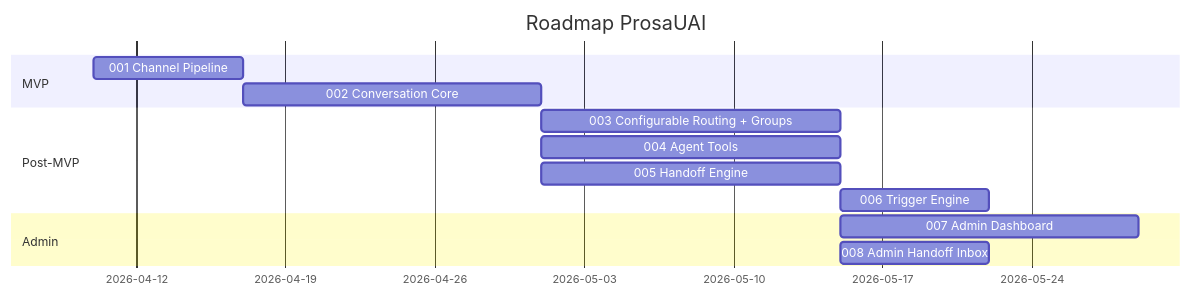
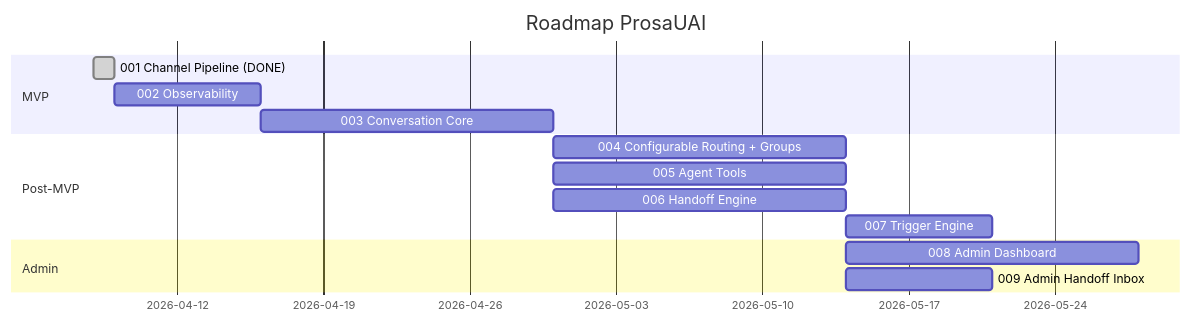
Before and after one commit to paceautomations/madruga.ai: the first of 2 diagrams in platforms/prosauai/planning/roadmap.md, drawn with Mermaid. The commit also changed other lines of this file, not shown here.

First line of the commit message:
chore(prosauai): insert epic 002-observability into roadmap

````diff
--- a/platforms/prosauai/planning/roadmap.md
+++ b/platforms/prosauai/planning/roadmap.md
@@ -30,16 +32,17 @@
 ```mermaid
 gantt
     title Roadmap ProsaUAI
     dateFormat YYYY-MM-DD
     section MVP
-    001 Channel Pipeline    :a1, after start, 1w
-    002 Conversation Core   :a2, after a1, 2w
+    001 Channel Pipeline (DONE)  :done, a1, 2026-04-08, 1d
+    002 Observability             :a2, after a1, 1w
+    003 Conversation Core         :a3, after a2, 2w
     section Post-MVP
-    003 Configurable Routing + Groups :a3, after a2, 2w
-    004 Agent Tools         :a4, after a2, 2w
-    005 Handoff Engine      :a5, after a2, 2w
-    006 Trigger Engine      :a6, after a5, 1w
+    004 Configurable Routing + Groups :a4, after a3, 2w
+    005 Agent Tools         :a5, after a3, 2w
+    006 Handoff Engine      :a6, after a3, 2w
+    007 Trigger Engine      :a7, after a6, 1w
     section Admin
-    007 Admin Dashboard     :a7, after a4, 2w
-    008 Admin Handoff Inbox :a8, after a5, 1w
+    008 Admin Dashboard     :a8, after a5, 2w
+    009 Admin Handoff Inbox :a9, after a6, 1w
 ```
````
